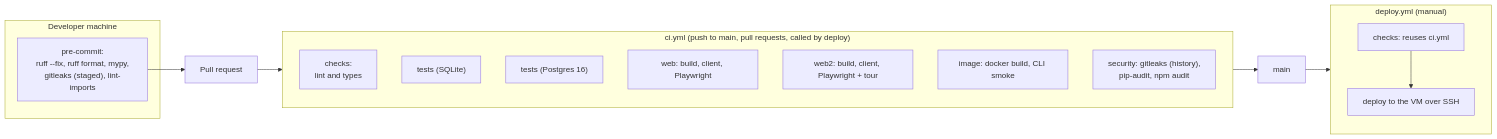
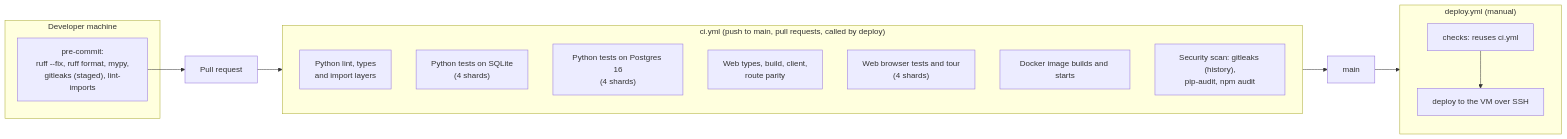
One commit to rahul-trip/email_campaign changed the diagram in docs/technical/quality/ci-cd.md. Above: the diagram before and after it, drawn with Mermaid. The commit also changed other lines of this file and 3 other files, not shown here.

````diff
--- a/docs/technical/quality/ci-cd.md
+++ b/docs/technical/quality/ci-cd.md
@@ -15,19 +15,19 @@
 ```mermaid
 flowchart LR
     subgraph local["Developer machine"]
         PC["pre-commit:<br/>ruff --fix, ruff format, mypy,<br/>gitleaks (staged), lint-imports"]
     end
     subgraph ci["ci.yml (push to main, pull requests, called by deploy)"]
-        C1["checks:<br/>lint and types"]
-        C2["tests (SQLite)"]
-        C3["tests (Postgres 16)"]
-        C4["web: build, client, Playwright"]
-        C5["web2: build, client, Playwright + tour"]
-        C6["image: docker build, CLI smoke"]
-        C7["security: gitleaks (history),<br/>pip-audit, npm audit"]
+        C1["Python lint, types<br/>and import layers"]
+        C2["Python tests on SQLite<br/>(4 shards)"]
+        C3["Python tests on Postgres 16<br/>(4 shards)"]
+        C4["Web types, build, client,<br/>route parity"]
+        C5["Web browser tests and tour<br/>(4 shards)"]
+        C6["Docker image builds and starts"]
+        C7["Security scan: gitleaks (history),<br/>pip-audit, npm audit"]
     end
     subgraph cd["deploy.yml (manual)"]
         D1["checks: reuses ci.yml"] --> D2["deploy to the VM over SSH"]
     end
     PC --> PR["Pull request"] --> ci --> M["main"] --> cd
 ```
````
